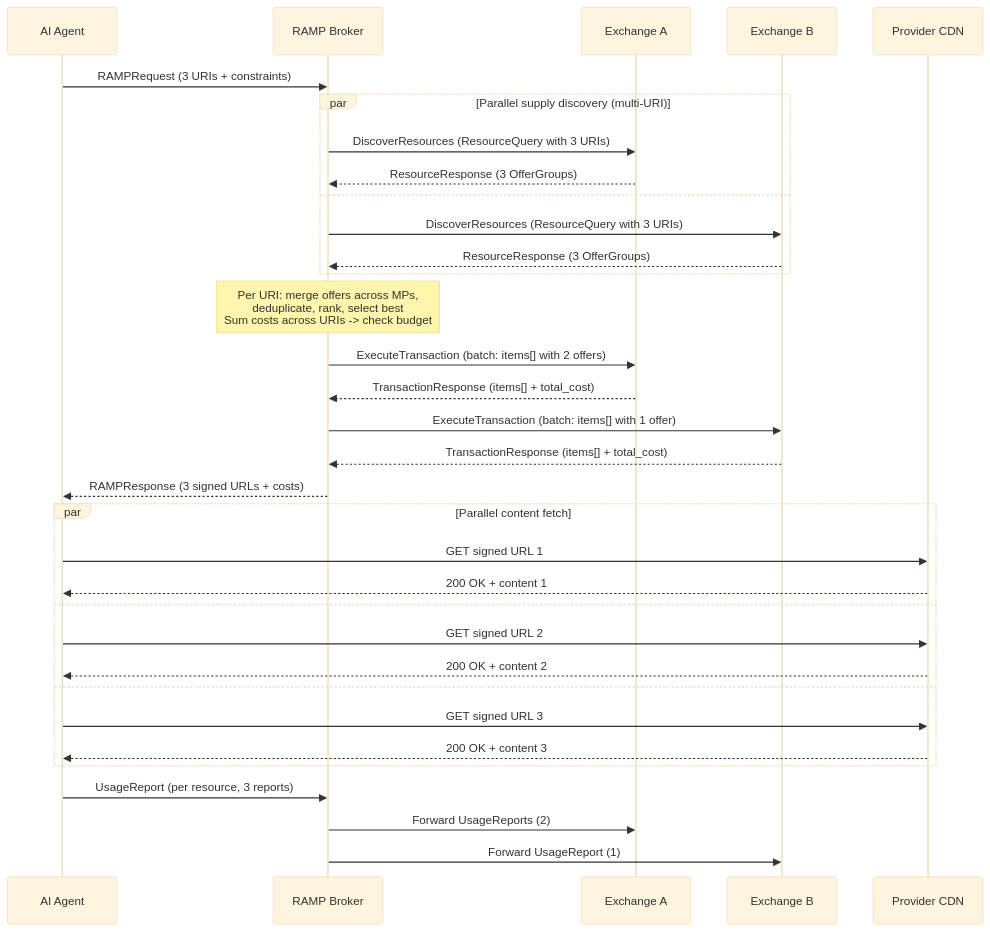
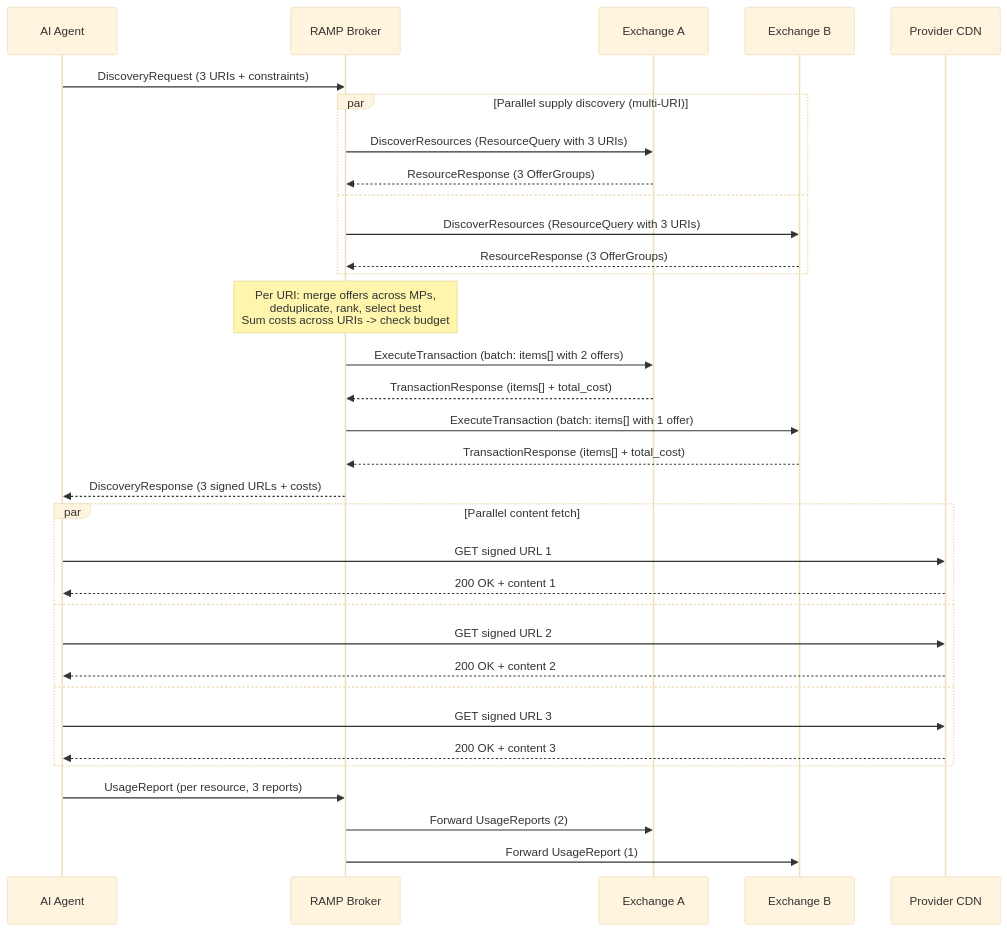
One commit to RAMP-Protocol/protocol changed the fifth of 6 diagrams in website/src/content/docs/protocol/discovery-paths.mdx. Above: the diagram before and after it, drawn with Mermaid (base theme). The commit also changed other lines of this file and 102 other files, not shown here.

````diff
--- a/website/src/content/docs/protocol/discovery-paths.mdx
+++ b/website/src/content/docs/protocol/discovery-paths.mdx
@@ -193,43 +193,43 @@
 ```mermaid
 sequenceDiagram
     participant Agent as AI Agent
     participant Orch as RAMP Broker
     participant MPA as Exchange A
     participant MPB as Exchange B
     participant CDN as Provider CDN
 
-    Agent->>Orch: RAMPRequest (3 URIs + constraints)
+    Agent->>Orch: DiscoveryRequest (3 URIs + constraints)
 
     par Parallel supply discovery (multi-URI)
         Orch->>MPA: DiscoverResources (ResourceQuery with 3 URIs)
         MPA-->>Orch: ResourceResponse (3 OfferGroups)
     and
         Orch->>MPB: DiscoverResources (ResourceQuery with 3 URIs)
         MPB-->>Orch: ResourceResponse (3 OfferGroups)
     end
 
     Note over Orch: Per URI: merge offers across MPs,<br/>deduplicate, rank, select best<br/>Sum costs across URIs -> check budget
 
     Orch->>MPA: ExecuteTransaction (batch: items[] with 2 offers)
     MPA-->>Orch: TransactionResponse (items[] + total_cost)
 
     Orch->>MPB: ExecuteTransaction (batch: items[] with 1 offer)
     MPB-->>Orch: TransactionResponse (items[] + total_cost)
 
-    Orch-->>Agent: RAMPResponse (3 signed URLs + costs)
+    Orch-->>Agent: DiscoveryResponse (3 signed URLs + costs)
 
     par Parallel content fetch
         Agent->>CDN: GET signed URL 1
         CDN-->>Agent: 200 OK + content 1
     and
         Agent->>CDN: GET signed URL 2
         CDN-->>Agent: 200 OK + content 2
     and
         Agent->>CDN: GET signed URL 3
         CDN-->>Agent: 200 OK + content 3
     end
 
     Agent->>Orch: UsageReport (per resource, 3 reports)
     Orch->>MPA: Forward UsageReports (2)
     Orch->>MPB: Forward UsageReport (1)
 ```
````
